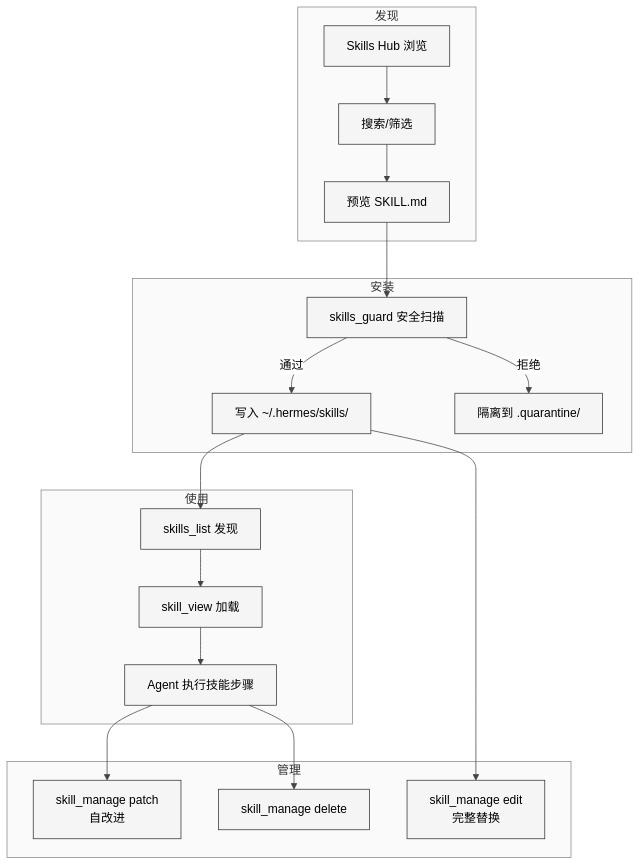
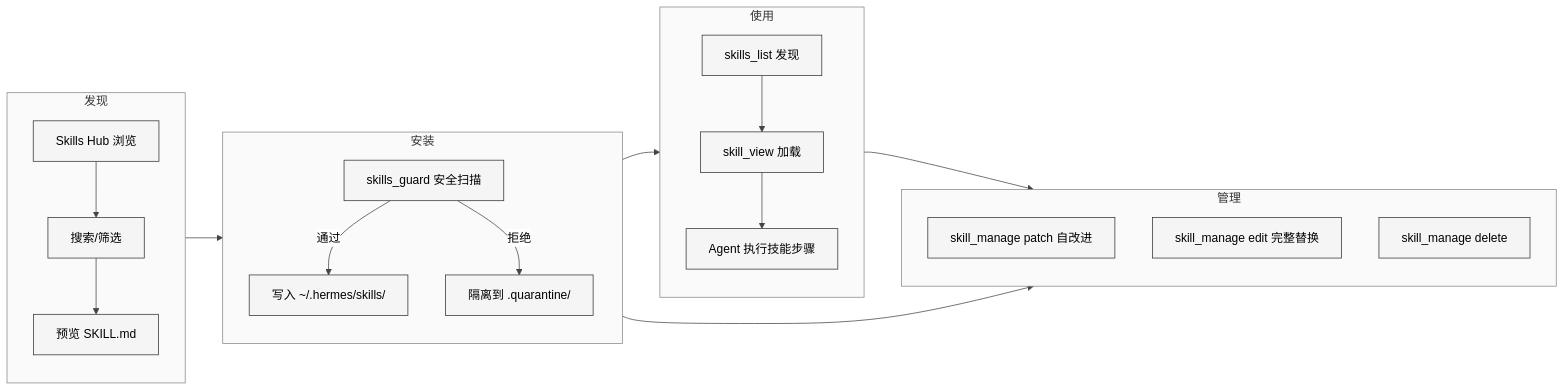
Before and after one commit to xiaonancs/hermes-agent-study: the second of 2 diagrams in Part I 原理与使用/09-Skill系统.md, drawn with Mermaid. The commit also changed other lines of this file and 32 other files, not shown here.

First line of the commit message:
Mermaid 图表修复：白色背景板 + 长宽比优化

````diff
--- a/Part I 原理与使用/09-Skill系统.md
+++ b/Part I 原理与使用/09-Skill系统.md
@@ -74,23 +78,30 @@
 ```mermaid
 %%{init: {'theme': 'neutral', 'themeVariables': {'background': '#ffffff', 'primaryColor': '#f5f5f5', 'primaryTextColor': '#000000', 'primaryBorderColor': '#333333', 'lineColor': '#444444', 'textColor': '#000000', 'mainBkg': '#f5f5f5', 'nodeBorder': '#333333', 'clusterBkg': '#fafafa', 'clusterBorder': '#888888', 'edgeLabelBackground': '#ffffff'}}}%%
-graph TB
+graph LR
     subgraph discover ["发现"]
+        direction TB
         HUB["Skills Hub 浏览"] --> SEARCH["搜索/筛选"]
         SEARCH --> PREVIEW["预览 SKILL.md"]
     end
     subgraph install ["安装"]
-        PREVIEW --> GUARD["skills_guard 安全扫描"]
+        direction TB
+        GUARD["skills_guard 安全扫描"]
         GUARD -->|"通过"| SAVE["写入 ~/.hermes/skills/"]
         GUARD -->|"拒绝"| QUARANTINE["隔离到 .quarantine/"]
     end
     subgraph use ["使用"]
-        SAVE --> LIST["skills_list 发现"]
-        LIST --> VIEW["skill_view 加载"]
+        direction TB
+        LIST["skills_list 发现"] --> VIEW["skill_view 加载"]
         VIEW --> EXEC["Agent 执行技能步骤"]
     end
     subgraph manage ["管理"]
-        EXEC --> PATCH["skill_manage patch<br/>自改进"]
-        EXEC --> DELETE["skill_manage delete"]
-        SAVE --> EDIT["skill_manage edit<br/>完整替换"]
+        direction TB
+        PATCH["skill_manage patch 自改进"]
+        EDIT["skill_manage edit 完整替换"]
+        DELETE["skill_manage delete"]
     end
+    PREVIEW --> GUARD
+    SAVE --> LIST
+    EXEC --> PATCH
+    SAVE --> EDIT
 ```
````
